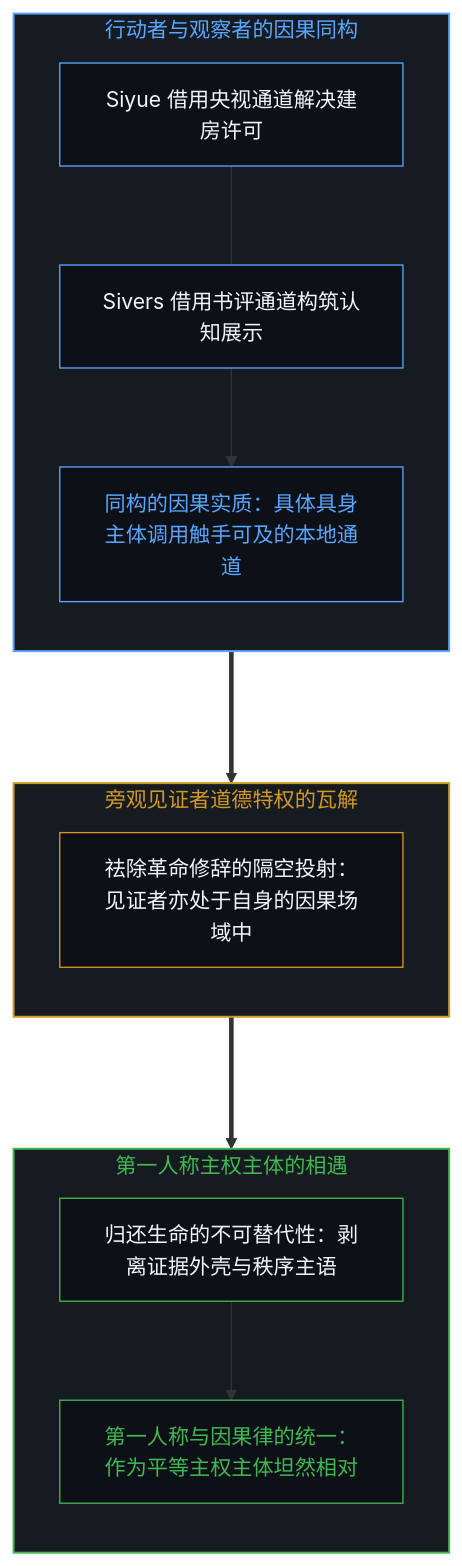
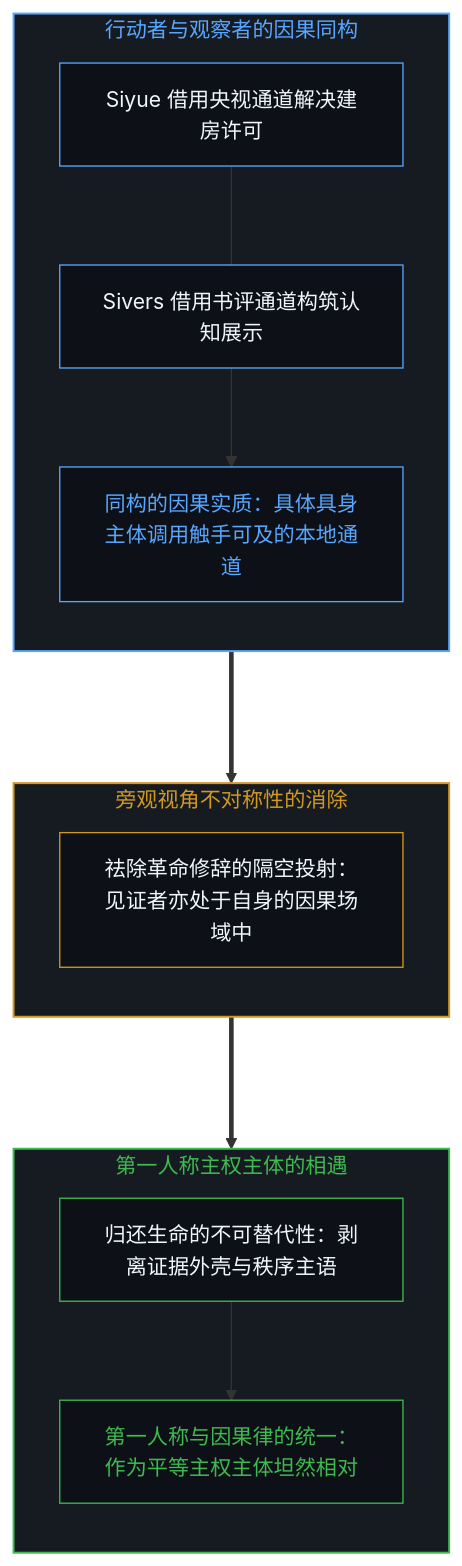
The seventh of 8 diagrams in content/posts/the-name-revolution-files-a-life-as-evidence.md (powerpig99/not-a-toe), drawn with Mermaid before and after one commit. The commit also changed other lines of this file and 3 other files, not shown here.

````diff
--- a/content/posts/the-name-revolution-files-a-life-as-evidence.md
+++ b/content/posts/the-name-revolution-files-a-life-as-evidence.md
@@ -229,31 +229,31 @@
 ```mermaid
 graph TD
     subgraph S_CausalSymmetry ["行动者与观察者的因果同构"]
         direction TB
         J1["Siyue 借用央视通道解决建房许可"] --- J2["Sivers 借用书评通道构筑认知展示"]
         J2 --> J3["同构的因果实质：具体具身主体调用触手可及的本地通道"]
     end
 
-    subgraph S_WitnessMyth ["旁观见证者道德特权的瓦解"]
+    subgraph S_WitnessSymmetry ["旁观视角不对称性的消除"]
         direction TB
         K1["祛除革命修辞的隔空投射：见证者亦处于自身的因果场域中"]
     end
 
     subgraph S_SovereignEncounter ["第一人称主权主体的相遇"]
         direction TB
         L1["归还生命的不可替代性：剥离证据外壳与秩序主语"] --> L2["第一人称与因果律的统一：作为平等主权主体坦然相对"]
     end
 
     J3 ===> K1
     K1 ===> L1
 
     style S_CausalSymmetry fill:#161b22,stroke:#58a6ff,stroke-width:1.5px,color:#58a6ff
-    style S_WitnessMyth fill:#161b22,stroke:#d29922,stroke-width:1.5px,color:#d29922
+    style S_WitnessSymmetry fill:#161b22,stroke:#d29922,stroke-width:1.5px,color:#d29922
     style S_SovereignEncounter fill:#161b22,stroke:#3fb950,stroke-width:1.5px,color:#3fb950
     style J1 fill:#0d1117,stroke:#58a6ff,stroke-width:1px,color:#f0f6fc
     style J2 fill:#0d1117,stroke:#58a6ff,stroke-width:1px,color:#f0f6fc
     style J3 fill:#0d1117,stroke:#58a6ff,stroke-width:1px,color:#58a6ff
     style K1 fill:#0d1117,stroke:#d29922,stroke-width:1px,color:#f0f6fc
     style L1 fill:#0d1117,stroke:#3fb950,stroke-width:1px,color:#f0f6fc
     style L2 fill:#0d1117,stroke:#3fb950,stroke-width:1px,color:#3fb950
 ```
````
